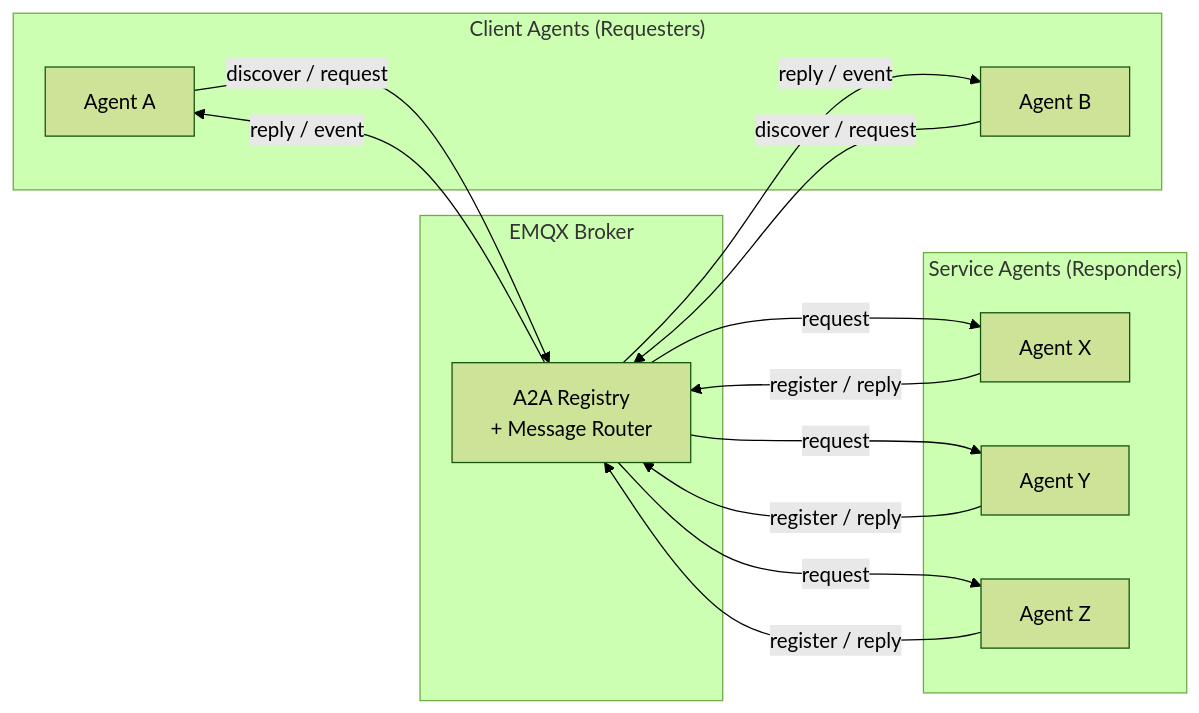
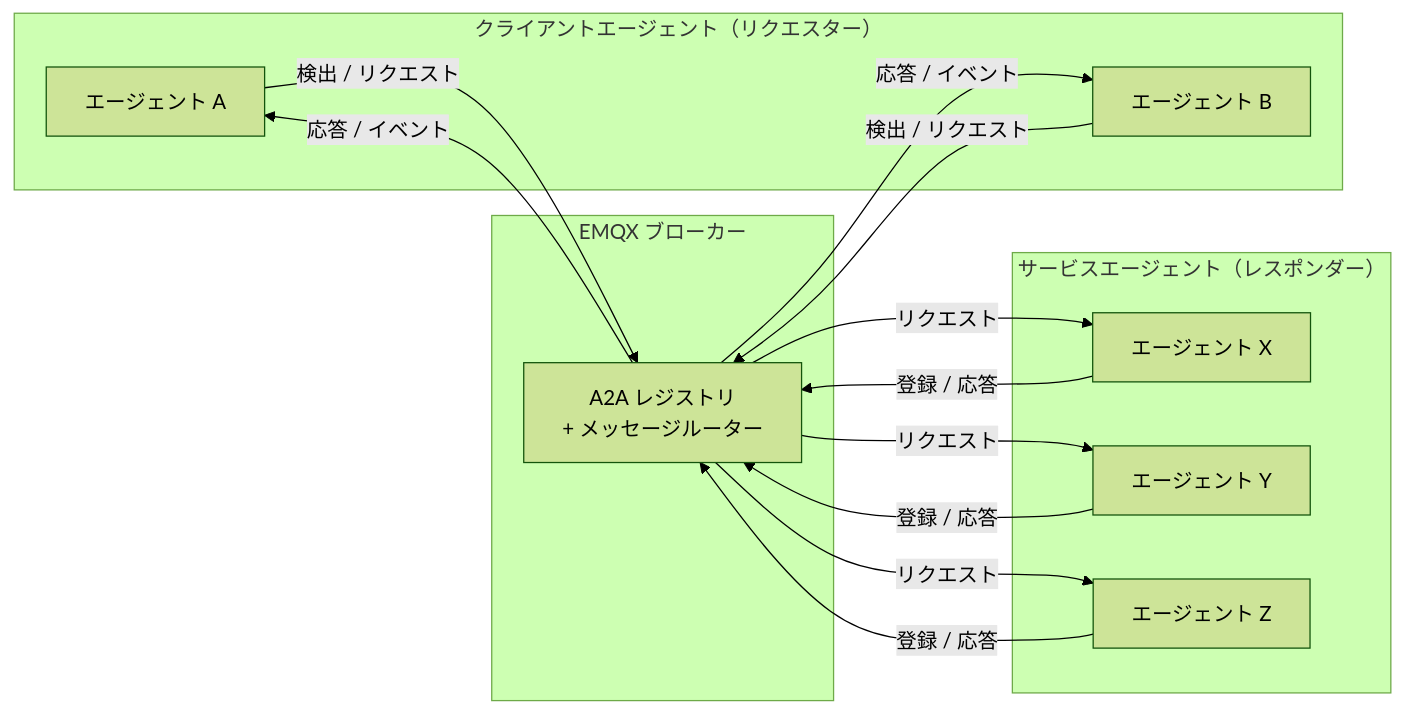
The first of 2 diagrams in ja_JP/emqx-ai/a2a-over-mqtt/architecture.md (emqx/emqx-docs), drawn with Mermaid (forest theme) before and after one commit. The commit also changed other lines of this file and 403 other files, not shown here.

````diff
--- a/ja_JP/emqx-ai/a2a-over-mqtt/architecture.md
+++ b/ja_JP/emqx-ai/a2a-over-mqtt/architecture.md
@@ -13,28 +13,28 @@
 ```mermaid
 graph LR
-    subgraph "Client Agents (Requesters)"
-        CA1[Agent A]
-        CA2[Agent B]
+    subgraph "クライアントエージェント（リクエスター）"
+        CA1[エージェント A]
+        CA2[エージェント B]
     end
 
-    subgraph "EMQX Broker"
-        B[A2A Registry\n+ Message Router]
+    subgraph "EMQX ブローカー"
+        B[A2A レジストリ\n+ メッセージルーター]
     end
 
-    subgraph "Service Agents (Responders)"
-        SA1[Agent X]
-        SA2[Agent Y]
-        SA3[Agent Z]
+    subgraph "サービスエージェント（レスポンダー）"
+        SA1[エージェント X]
+        SA2[エージェント Y]
+        SA3[エージェント Z]
     end
 
-    CA1 -- "discover / request" --> B
-    CA2 -- "discover / request" --> B
-    B -- "reply / event" --> CA1
-    B -- "reply / event" --> CA2
-    B -- "request" --> SA1
-    B -- "request" --> SA2
-    B -- "request" --> SA3
-    SA1 -- "register / reply" --> B
-    SA2 -- "register / reply" --> B
-    SA3 -- "register / reply" --> B
+    CA1 -- "検出 / リクエスト" --> B
+    CA2 -- "検出 / リクエスト" --> B
+    B -- "応答 / イベント" --> CA1
+    B -- "応答 / イベント" --> CA2
+    B -- "リクエスト" --> SA1
+    B -- "リクエスト" --> SA2
+    B -- "リクエスト" --> SA3
+    SA1 -- "登録 / 応答" --> B
+    SA2 -- "登録 / 応答" --> B
+    SA3 -- "登録 / 応答" --> B
 ```
````
